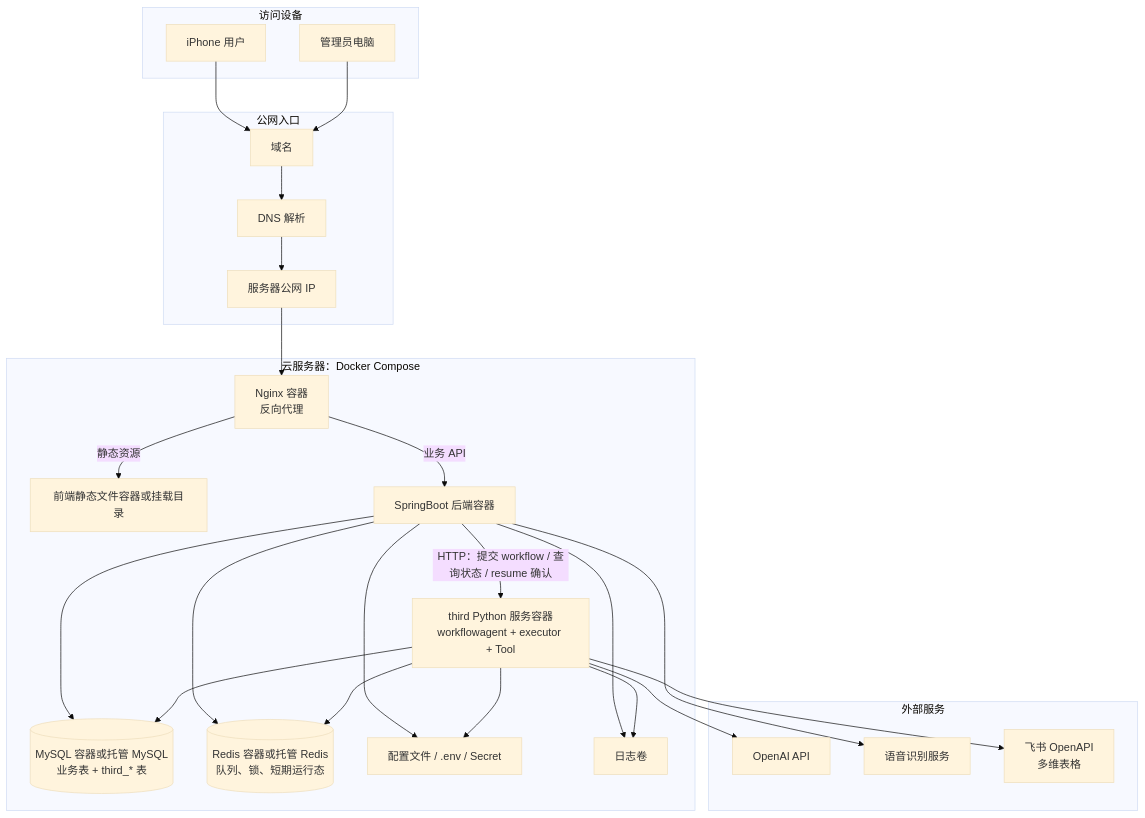
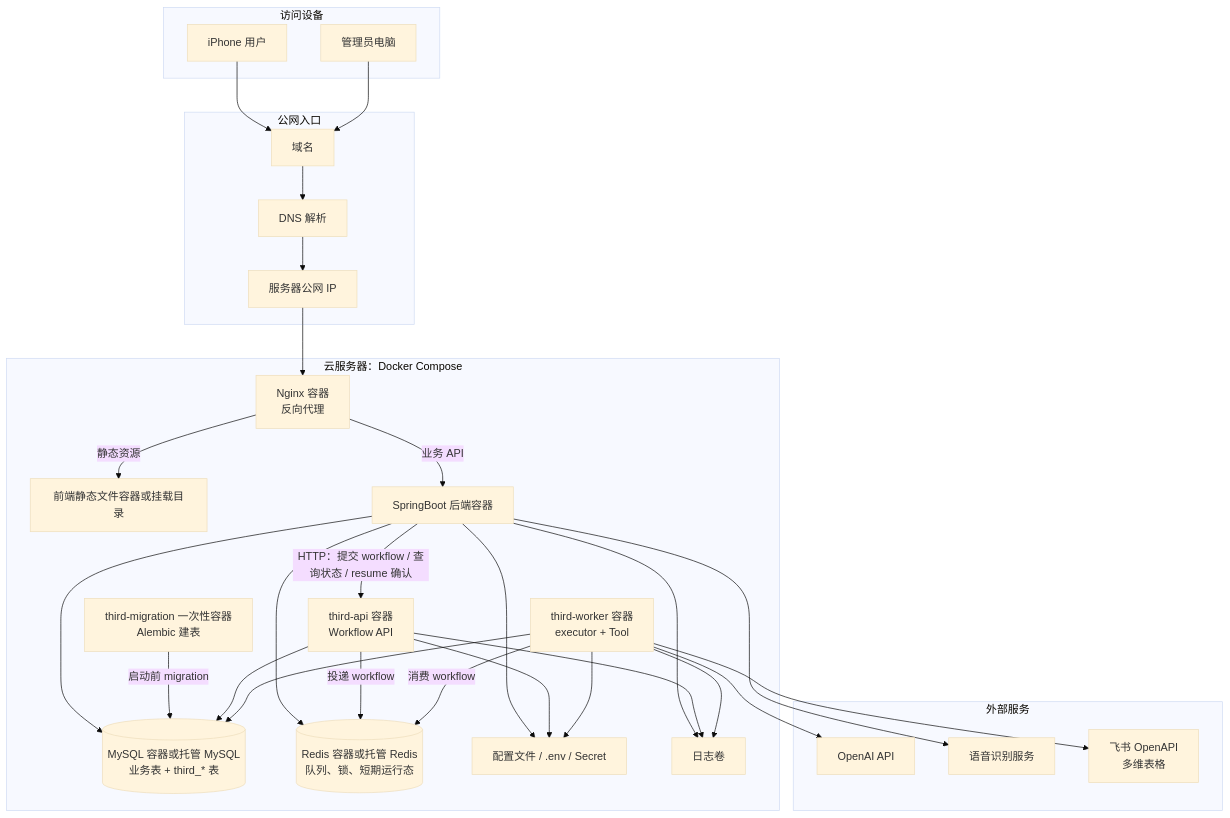
The diagram in docs/架构图/02_部署边界图.md (246706510miao-svg/for-mygirl), drawn with Mermaid (base theme) before and after one commit. The commit also changed other lines of this file and 19 other files, not shown here.

````diff
--- a/docs/架构图/02_部署边界图.md
+++ b/docs/架构图/02_部署边界图.md
@@ -1,54 +1,61 @@
 ```mermaid
 flowchart TB
     subgraph UserSide["访问设备"]
         A1["iPhone 用户"]
         A2["管理员电脑"]
     end
 
     subgraph PublicEntry["公网入口"]
         B1["域名"]
         B2["DNS 解析"]
         B3["服务器公网 IP"]
     end
 
     subgraph Server["云服务器：Docker Compose"]
         C1["Nginx 容器<br/>反向代理"]
         C2["前端静态文件容器或挂载目录"]
         C3["SpringBoot 后端容器"]
-        C4["third Python 服务容器<br/>workflowagent + executor + Tool"]
+        C4A["third-api 容器<br/>Workflow API"]
+        C4B["third-worker 容器<br/>executor + Tool"]
+        C4C["third-migration 一次性容器<br/>Alembic 建表"]
         C5[("MySQL 容器或托管 MySQL<br/>业务表 + third_* 表")]
         C6[("Redis 容器或托管 Redis<br/>队列、锁、短期运行态")]
         C7["配置文件 / .env / Secret"]
         C8["日志卷"]
     end
 
     subgraph External["外部服务"]
         D1["OpenAI API"]
         D2["语音识别服务"]
         D3["飞书 OpenAPI<br/>多维表格"]
     end
 
     A1 --> B1
     A2 --> B1
     B1 --> B2
     B2 --> B3
     B3 --> C1
 
     C1 -->|"静态资源"| C2
     C1 -->|"业务 API"| C3
 
-    C3 -->|"HTTP：提交 workflow / 查询状态 / resume 确认"| C4
+    C3 -->|"HTTP：提交 workflow / 查询状态 / resume 确认"| C4A
     C3 --> C5
     C3 --> C6
     C3 --> C7
     C3 --> C8
 
-    C4 --> C5
-    C4 --> C6
-    C4 --> C7
-    C4 --> C8
+    C4C -->|"启动前 migration"| C5
+    C4A --> C5
+    C4A -->|"投递 workflow"| C6
+    C4B -->|"消费 workflow"| C6
+    C4B --> C5
+    C4A --> C7
+    C4B --> C7
+    C4A --> C8
+    C4B --> C8
 
-    C4 --> D1
+    C4B --> D1
     C3 --> D2
-    C4 --> D3
+    C4B --> D3
 ```
````
